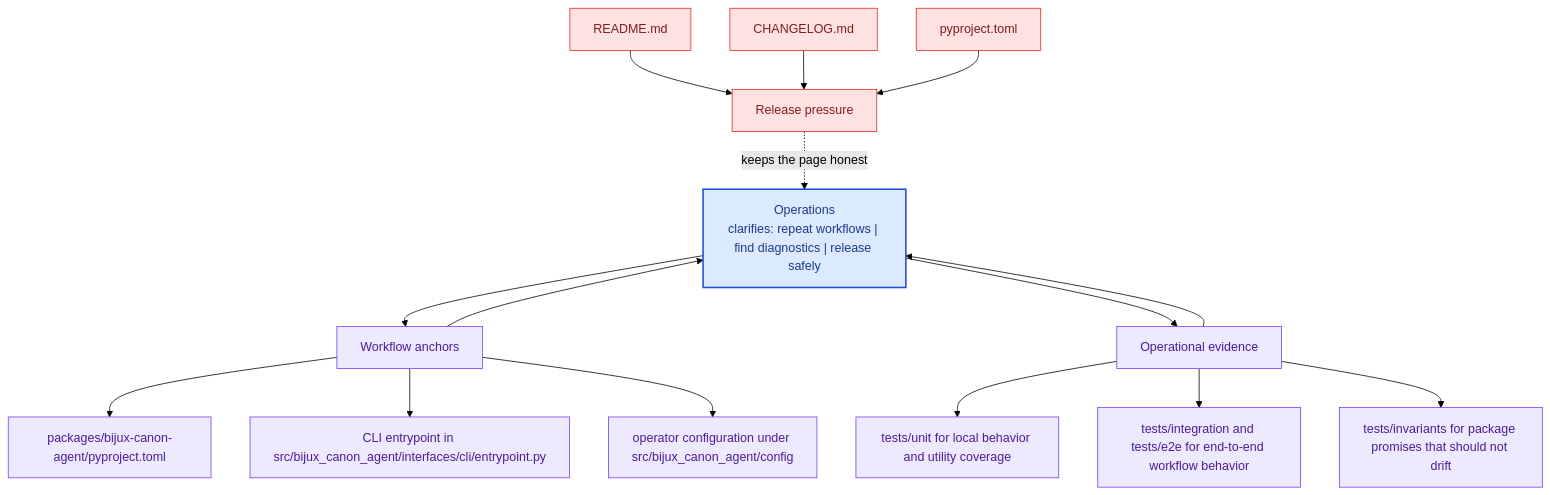
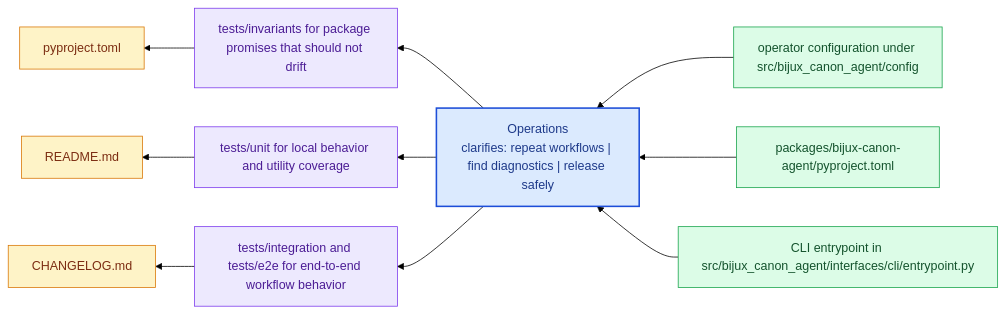
The diagram in docs/bijux-canon-agent/operations/index.md (bijux/bijux-canon), drawn with Mermaid (forest theme) before and after one commit. The commit also changed other lines of this file and 281 other files, not shown here.

Commit message:
docs(diagrams): replace repeated mermaid scaffolds with page-specific summaries

````diff
--- a/docs/bijux-canon-agent/operations/index.md
+++ b/docs/bijux-canon-agent/operations/index.md
@@ -65,41 +20,31 @@
 ```mermaid
-flowchart TB
-    promise["Operations<br/>clarifies: repeat workflows | find diagnostics | release safely"]
-    classDef promise fill:#dbeafe,stroke:#1d4ed8,color:#1e3a8a,stroke-width:2px;
-    classDef driver fill:#dcfce7,stroke:#16a34a,color:#14532d;
-    classDef constraint fill:#fee2e2,stroke:#dc2626,color:#7f1d1d;
-    classDef ground fill:#ede9fe,stroke:#7c3aed,color:#4c1d95;
-    focus1["Workflow anchors"]
-    focus1 --> promise
-    promise --> focus1
-    focus1_1["packages/bijux-canon-agent/pyproject.toml"]
-    focus1 --> focus1_1
-    focus1_2["CLI entrypoint in src/bijux_canon_agent/interfaces/cli/entrypoint.py"]
-    focus1 --> focus1_2
-    focus1_3["operator configuration under src/bijux_canon_agent/config"]
-    focus1 --> focus1_3
-    class focus1 ground;
-    class focus1_1,focus1_2,focus1_3 ground;
-    focus2["Operational evidence"]
-    focus2 --> promise
-    promise --> focus2
-    focus2_1["tests/unit for local behavior and utility coverage"]
-    focus2 --> focus2_1
-    focus2_2["tests/integration and tests/e2e for end-to-end workflow behavior"]
-    focus2 --> focus2_2
-    focus2_3["tests/invariants for package promises that should not drift"]
-    focus2 --> focus2_3
-    class focus2 ground;
-    class focus2_1,focus2_2,focus2_3 ground;
-    focus3["Release pressure"]
-    focus3 -.keeps the page honest.-> promise
-    focus3_1["README.md"]
-    focus3_1 --> focus3
-    focus3_2["CHANGELOG.md"]
-    focus3_2 --> focus3
-    focus3_3["pyproject.toml"]
-    focus3_3 --> focus3
-    class focus3 constraint;
-    class focus3_1,focus3_2,focus3_3 constraint;
-    class promise promise;
+flowchart RL
+    page["Operations<br/>clarifies: repeat workflows | find diagnostics | release safely"]
+    classDef page fill:#dbeafe,stroke:#1d4ed8,color:#1e3a8a,stroke-width:2px;
+    classDef positive fill:#dcfce7,stroke:#16a34a,color:#14532d;
+    classDef caution fill:#fee2e2,stroke:#dc2626,color:#7f1d1d;
+    classDef anchor fill:#ede9fe,stroke:#7c3aed,color:#4c1d95;
+    classDef action fill:#fef3c7,stroke:#d97706,color:#7c2d12;
+    step1["operator configuration under src/bijux_canon_agent/config"]
+    step1 --> page
+    step2["packages/bijux-canon-agent/pyproject.toml"]
+    step2 --> page
+    step3["CLI entrypoint in src/bijux_canon_agent/interfaces/cli/entrypoint.py"]
+    step3 --> page
+    run1["tests/invariants for package promises that should not drift"]
+    page --> run1
+    run2["tests/unit for local behavior and utility coverage"]
+    page --> run2
+    run3["tests/integration and tests/e2e for end-to-end workflow behavior"]
+    page --> run3
+    release1["pyproject.toml"]
+    run1 --> release1
+    release2["README.md"]
+    run2 --> release2
+    release3["CHANGELOG.md"]
+    run3 --> release3
+    class page page;
+    class step1,step2,step3 positive;
+    class run1,run2,run3 anchor;
+    class release1,release2,release3 action;
 ```
````
